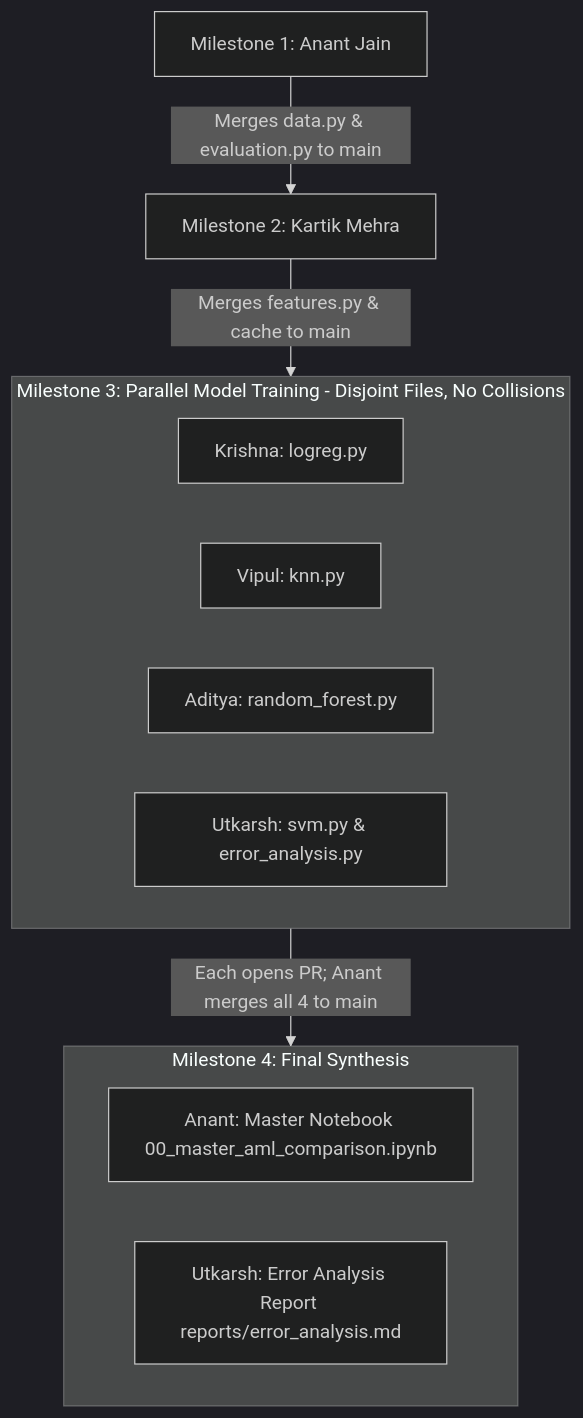
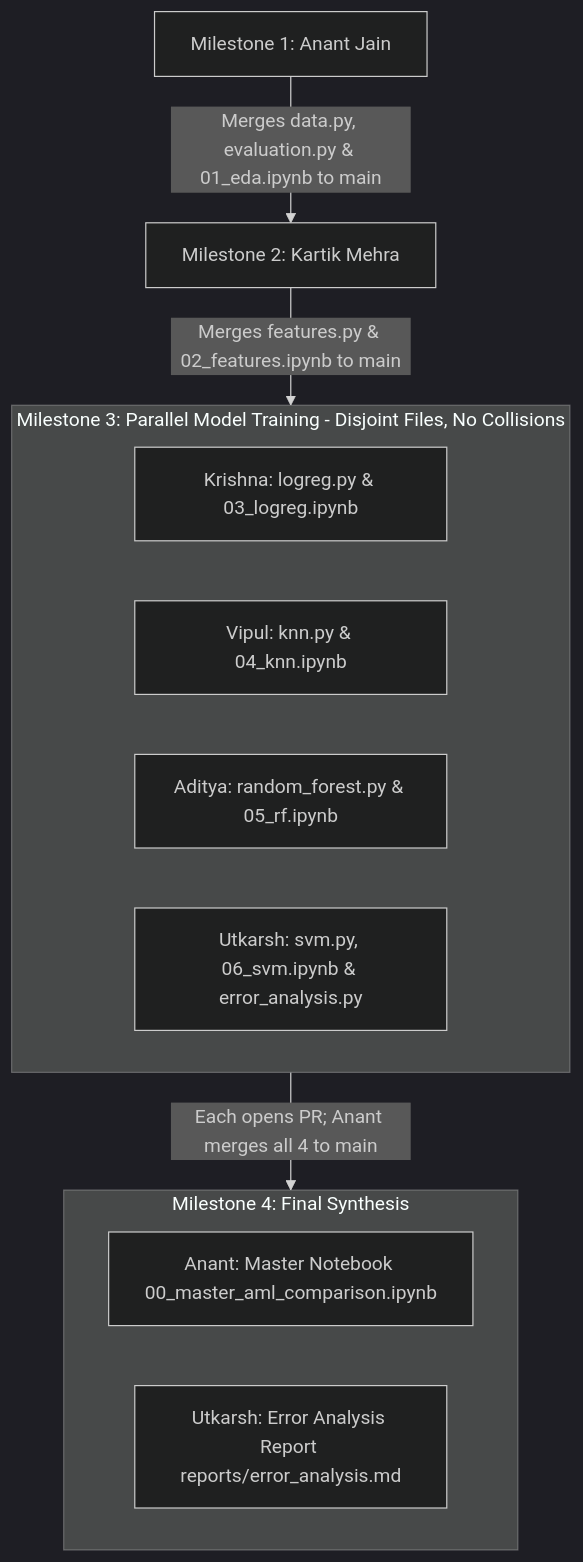
One commit to UJ474/Image-Tagging changed the diagram in docs/team/README.md. Above: the diagram before and after it, drawn with Mermaid (dark theme). The commit also changed other lines of this file and 23 other files, not shown here.

````diff
--- a/docs/team/README.md
+++ b/docs/team/README.md
@@ -41,16 +41,16 @@
 ```mermaid
 flowchart TD
-    M1[Milestone 1: Anant Jain] -->|Merges data.py & evaluation.py to main| M2[Milestone 2: Kartik Mehra]
-    M2 -->|Merges features.py & cache to main| M3[Milestone 3: Parallel Model Training]
+    M1[Milestone 1: Anant Jain] -->|Merges data.py, evaluation.py & 01_eda.ipynb to main| M2[Milestone 2: Kartik Mehra]
+    M2 -->|Merges features.py & 02_features.ipynb to main| M3[Milestone 3: Parallel Model Training]
     subgraph M3 [Milestone 3: Parallel Model Training - Disjoint Files, No Collisions]
-        K[Krishna: logreg.py]
-        V[Vipul: knn.py]
-        A[Aditya: random_forest.py]
-        U[Utkarsh: svm.py & error_analysis.py]
+        K[Krishna: logreg.py & 03_logreg.ipynb]
+        V[Vipul: knn.py & 04_knn.ipynb]
+        A[Aditya: random_forest.py & 05_rf.ipynb]
+        U[Utkarsh: svm.py, 06_svm.ipynb & error_analysis.py]
     end
     M3 -->|Each opens PR; Anant merges all 4 to main| M4[Milestone 4: Final Synthesis]
     subgraph M4 [Milestone 4: Final Synthesis]
         AN[Anant: Master Notebook 00_master_aml_comparison.ipynb]
         UT[Utkarsh: Error Analysis Report reports/error_analysis.md]
     end
 ```
````
